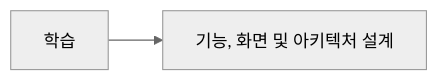
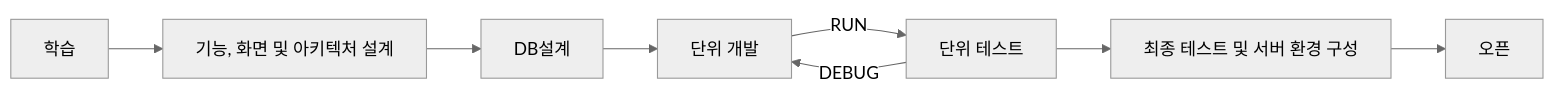
Before and after one commit to umamusi/pentago: the diagram in README.md, drawn with Mermaid (neutral theme). The commit also changed other lines of this file, not shown here.

````diff
--- a/README.md
+++ b/README.md
@@ -46,5 +47,10 @@
 ```mermaid
 graph LR
 A[학습] --> B[기능, 화면 및 아키텍처 설계]
-
+B --> C[DB설계]
+C --> D[단위 개발]
+D -- RUN --> F[단위 테스트]
+F -- DEBUG --> D
+F --> G[최종 테스트 및 서버 환경 구성]
+G --> H[오픈]
 ```
````
